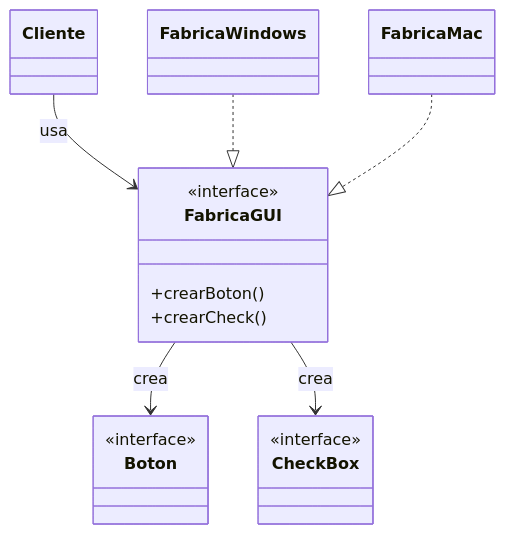
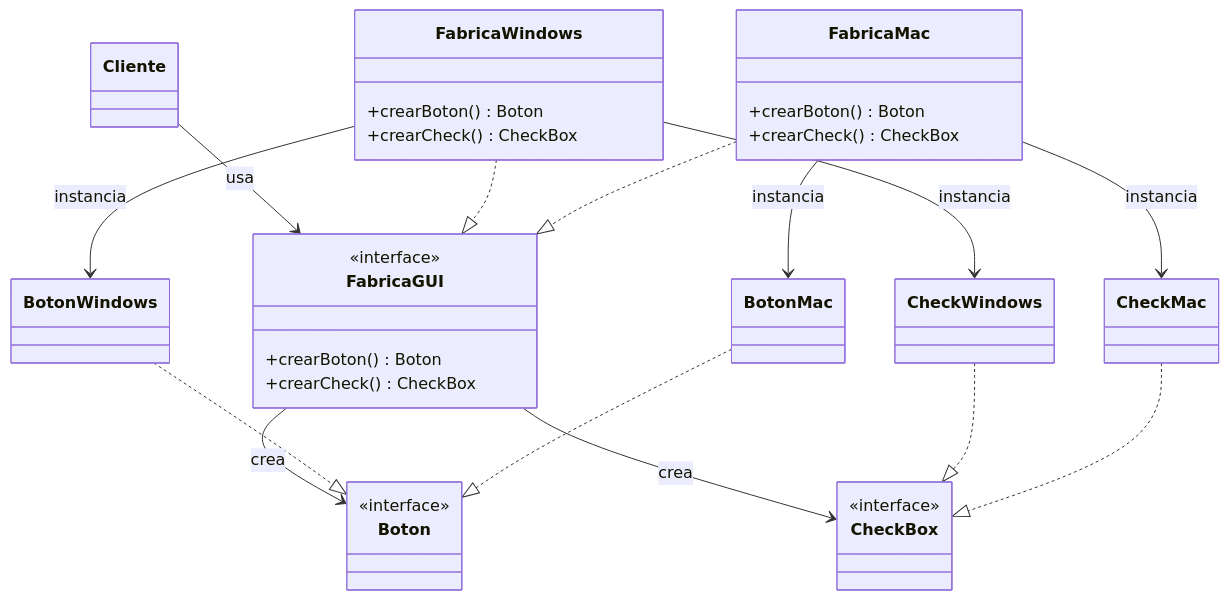
The ninth of 31 diagrams in unidad-3/teoria.md (unlam-informatica/diseno-de-software), drawn with Mermaid before and after one commit. The commit also changed other lines of this file, not shown here.

Commit message:
se añaden diagramas faltantes gof

````diff
--- a/unidad-3/teoria.md
+++ b/unidad-3/teoria.md
@@ -407,23 +421,41 @@
 ```mermaid
 classDiagram
     class Cliente
     class FabricaGUI {
         <<interface>>
-        +crearBoton()
-        +crearCheck()
+        +crearBoton() Boton
+        +crearCheck() CheckBox
     }
-    class FabricaWindows
-    class FabricaMac
+    class FabricaWindows {
+        +crearBoton() Boton
+        +crearCheck() CheckBox
+    }
+    class FabricaMac {
+        +crearBoton() Boton
+        +crearCheck() CheckBox
+    }
     class Boton {
         <<interface>>
     }
     class CheckBox {
         <<interface>>
     }
+    class BotonWindows
+    class CheckWindows
+    class BotonMac
+    class CheckMac
 
     Cliente --> FabricaGUI : usa
     FabricaWindows ..|> FabricaGUI
     FabricaMac ..|> FabricaGUI
     FabricaGUI --> Boton : crea
     FabricaGUI --> CheckBox : crea
+    BotonWindows ..|> Boton
+    CheckWindows ..|> CheckBox
+    BotonMac ..|> Boton
+    CheckMac ..|> CheckBox
+    FabricaWindows --> BotonWindows : instancia
+    FabricaWindows --> CheckWindows : instancia
+    FabricaMac --> BotonMac : instancia
+    FabricaMac --> CheckMac : instancia
 ```
````
